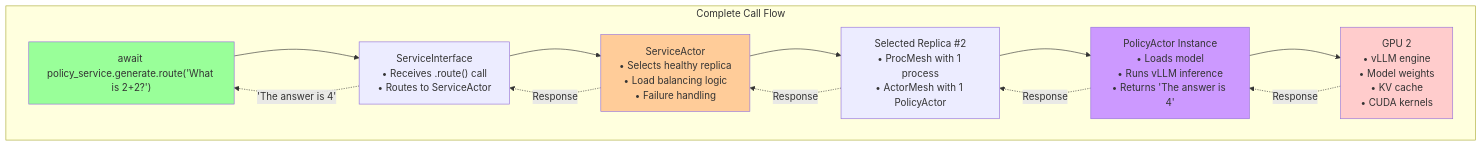
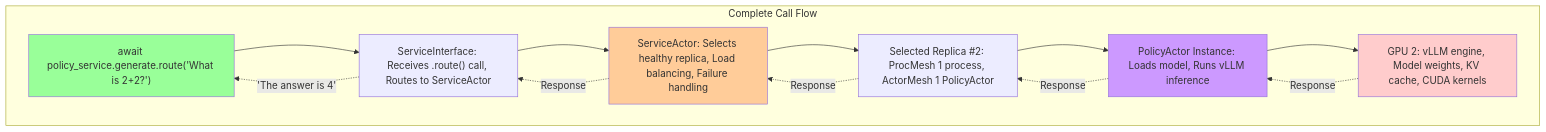
The seventh of 8 diagrams in docs/Tutorials/3_Monarch_101.MD (meta-pytorch/torchforge), drawn with Mermaid before and after one commit. The commit also changed other lines of this file and 2 other files, not shown here.

````diff
--- a/docs/Tutorials/3_Monarch_101.MD
+++ b/docs/Tutorials/3_Monarch_101.MD
@@ -323,33 +323,33 @@
 ```mermaid
 graph TD
     subgraph CallFlow["Complete Call Flow"]
         UserCall["await policy_service.generate.route('What is 2+2?')"]
 
-        ServiceInterface["ServiceInterface<br/>• Receives .route() call<br/>• Routes to ServiceActor"]
+        ServiceInterface["ServiceInterface: Receives .route() call, Routes to ServiceActor"]
 
-        ServiceActor["ServiceActor<br/>• Selects healthy replica<br/>• Load balancing logic<br/>• Failure handling"]
+        ServiceActor["ServiceActor: Selects healthy replica, Load balancing, Failure handling"]
 
-        SelectedReplica["Selected Replica #2<br/>• ProcMesh with 1 process<br/>• ActorMesh with 1 PolicyActor"]
+        SelectedReplica["Selected Replica #2: ProcMesh 1 process, ActorMesh 1 PolicyActor"]
 
-        PolicyActor["PolicyActor Instance<br/>• Loads model<br/>• Runs vLLM inference<br/>• Returns 'The answer is 4'"]
+        PolicyActor["PolicyActor Instance: Loads model, Runs vLLM inference"]
 
-        GPU["GPU 2<br/>• vLLM engine<br/>• Model weights<br/>• KV cache<br/>• CUDA kernels"]
+        GPU["GPU 2: vLLM engine, Model weights, KV cache, CUDA kernels"]
 
         UserCall --> ServiceInterface
         ServiceInterface --> ServiceActor
         ServiceActor --> SelectedReplica
         SelectedReplica --> PolicyActor
         PolicyActor --> GPU
 
         GPU -.->|"Response"| PolicyActor
         PolicyActor -.->|"Response"| SelectedReplica
         SelectedReplica -.->|"Response"| ServiceActor
         ServiceActor -.->|"Response"| ServiceInterface
         ServiceInterface -.->|"'The answer is 4'"| UserCall
     end
 
     style UserCall fill:#99ff99
     style ServiceActor fill:#ffcc99
     style PolicyActor fill:#cc99ff
     style GPU fill:#ffcccc
 ```
````
